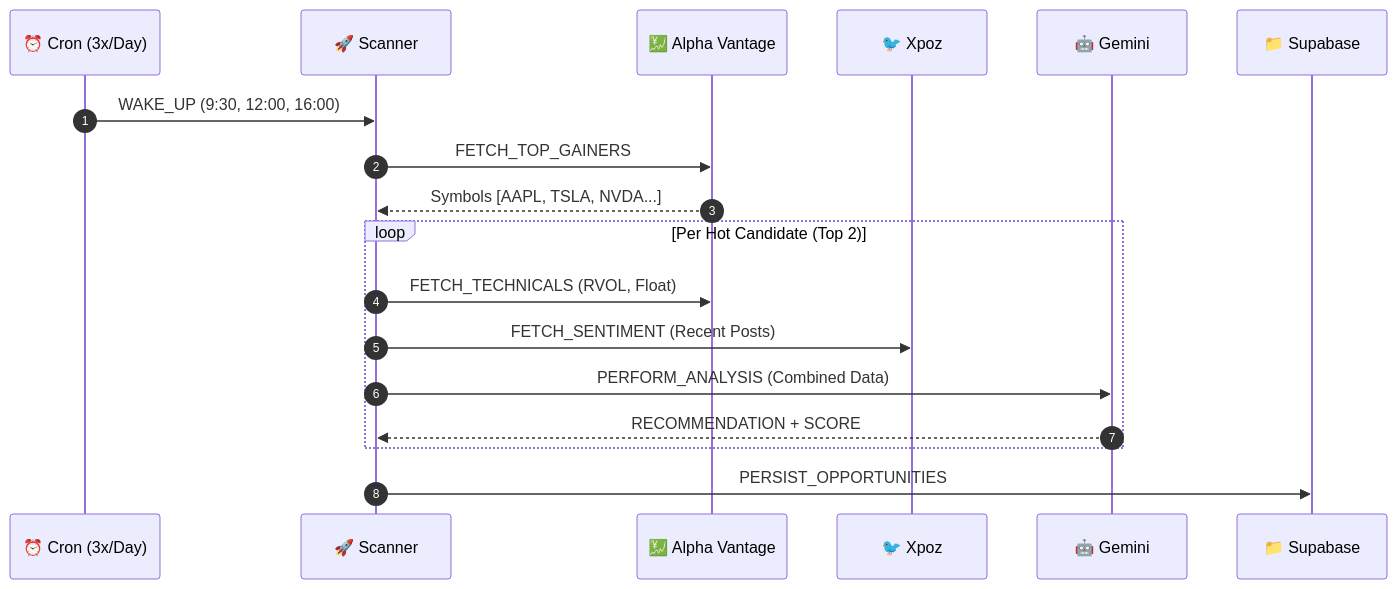
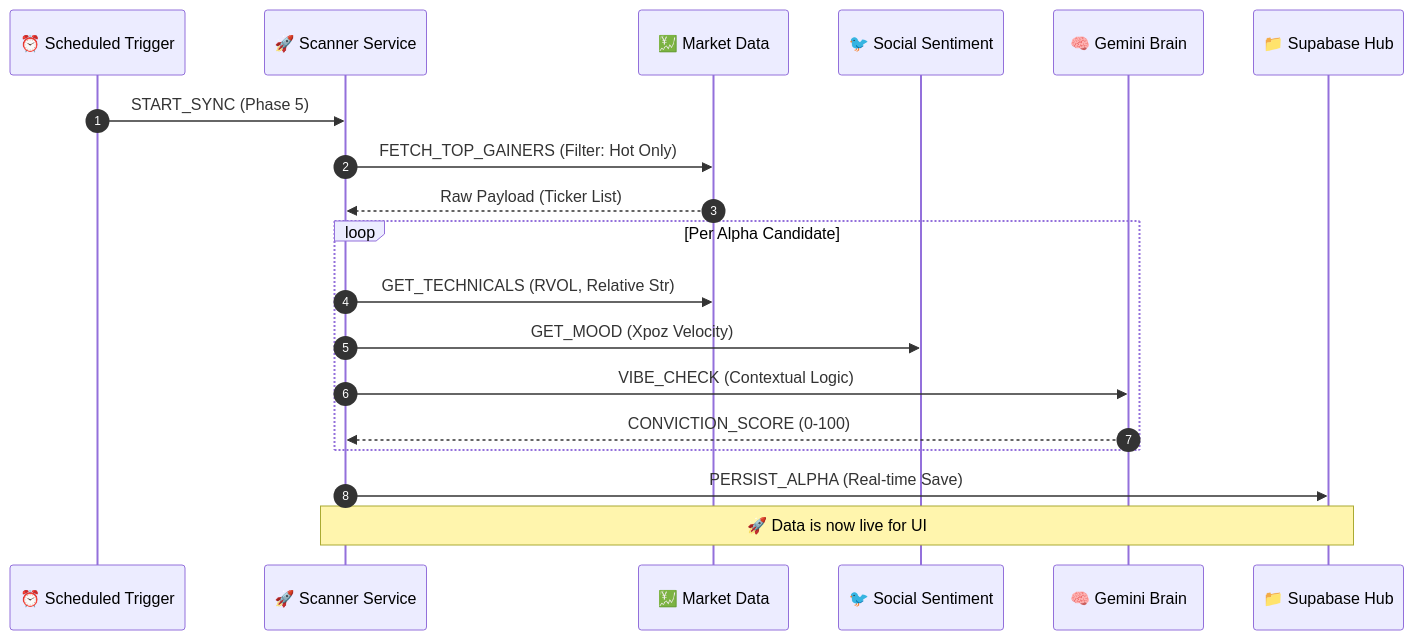
The third of 3 diagrams in ARCHITECTURE.md (Royverse/not-financial-advice), drawn with Mermaid before and after one commit. The commit also changed other lines of this file and 1 other file, not shown here.

Commit message:
Docs: Detailed Architecture with Mermaid diagrams and high-touch README refresh.

````diff
--- a/ARCHITECTURE.md
+++ b/ARCHITECTURE.md
@@ -55,23 +97,24 @@
 ```mermaid
 sequenceDiagram
     autonumber
-    participant C as ⏰ Cron (3x/Day)
-    participant S as 🚀 Scanner
-    participant AV as 💹 Alpha Vantage
-    participant X as 🐦 Xpoz
-    participant AI as 🤖 Gemini
-    participant DB as 📁 Supabase
+    participant C as ⏰ Scheduled Trigger
+    participant S as 🚀 Scanner Service
+    participant AV as 💹 Market Data
+    participant X as 🐦 Social Sentiment
+    participant AI as 🧠 Gemini Brain
+    participant DB as 📁 Supabase Hub
 
-    C->>S: WAKE_UP (9:30, 12:00, 16:00)
-    S->>AV: FETCH_TOP_GAINERS
-    AV-->>S: Symbols [AAPL, TSLA, NVDA...]
+    C->>S: START_SYNC (Phase 5)
+    S->>AV: FETCH_TOP_GAINERS (Filter: Hot Only)
+    AV-->>S: Raw Payload (Ticker List)
     
-    loop Per Hot Candidate (Top 2)
-        S->>AV: FETCH_TECHNICALS (RVOL, Float)
-        S->>X: FETCH_SENTIMENT (Recent Posts)
-        S->>AI: PERFORM_ANALYSIS (Combined Data)
-        AI-->>S: RECOMMENDATION + SCORE
+    loop Per Alpha Candidate
+        S->>AV: GET_TECHNICALS (RVOL, Relative Str)
+        S->>X: GET_MOOD (Xpoz Velocity)
+        S->>AI: VIBE_CHECK (Contextual Logic)
+        AI-->>S: CONVICTION_SCORE (0-100)
     end
     
-    S->>DB: PERSIST_OPPORTUNITIES
+    S->>DB: PERSIST_ALPHA (Real-time Save)
+    Note over S,DB: 🚀 Data is now live for UI
 ```
````
